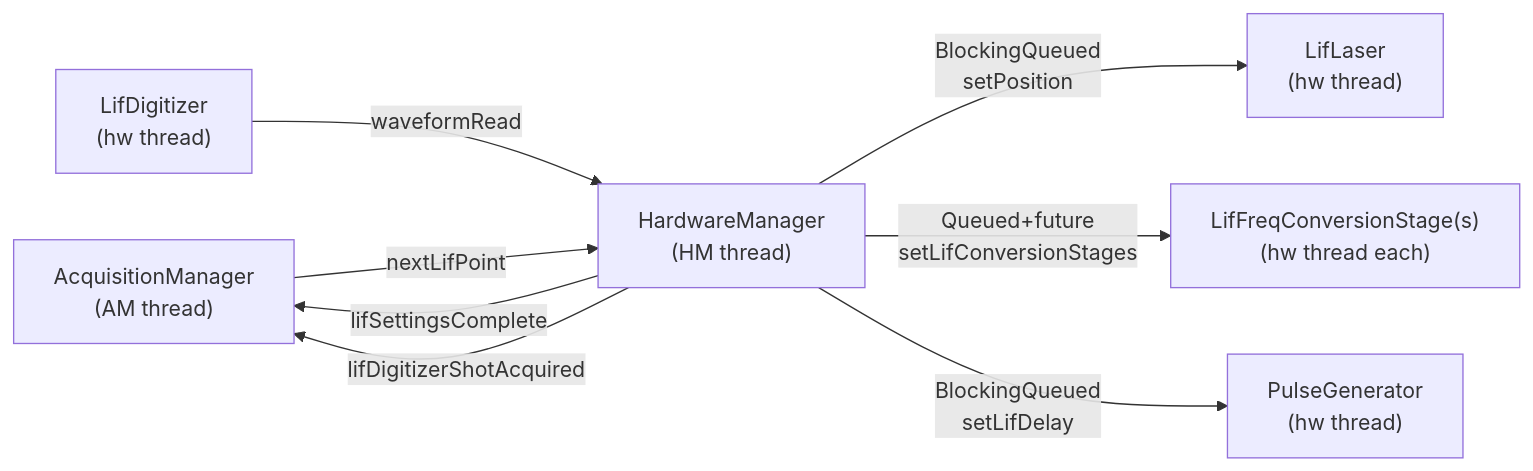
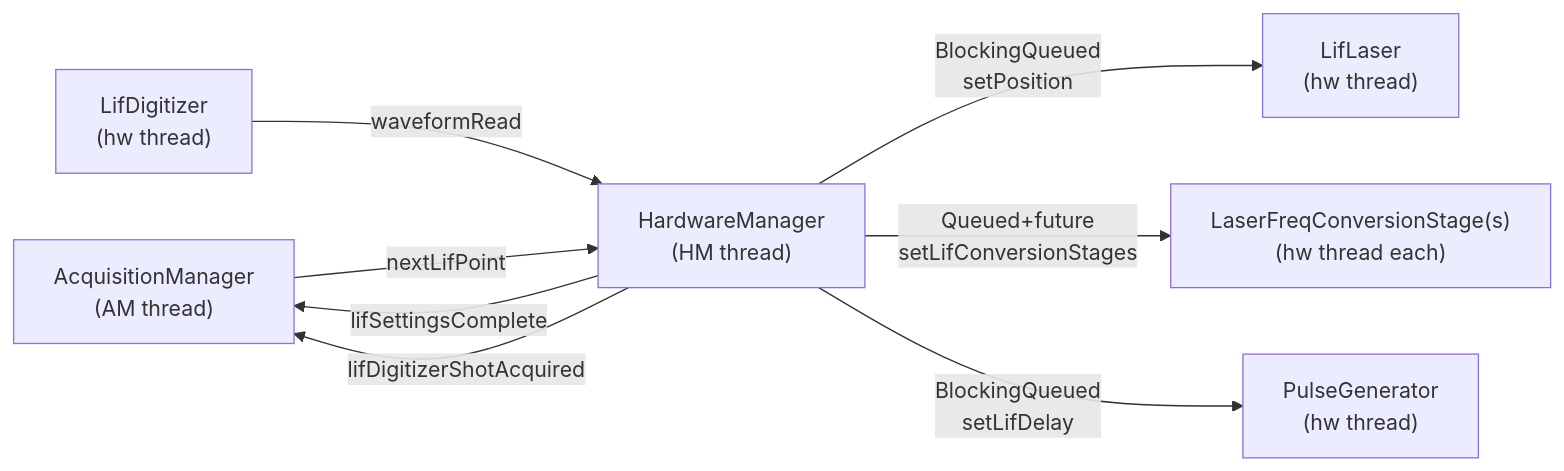
The diagram in doc/source/developer_guide/lif_acquisition.rst (kncrabtree/blackchirp), drawn with Mermaid before and after one commit. The commit also changed other lines of this file and 13 other files, not shown here.

First line of the commit message:
Document the laser frequency-conversion stage rename and its Python driver

```diff
--- a/doc/source/developer_guide/lif_acquisition.rst
+++ b/doc/source/developer_guide/lif_acquisition.rst
@@ -466,16 +466,16 @@
 .. mermaid::
 
    flowchart LR
        AM["AcquisitionManager<br/>(AM thread)"]
        HM["HardwareManager<br/>(HM thread)"]
        LL["LifLaser<br/>(hw thread)"]
-       CS["LifFreqConversionStage(s)<br/>(hw thread each)"]
+       CS["LaserFreqConversionStage(s)<br/>(hw thread each)"]
        PG["PulseGenerator<br/>(hw thread)"]
        LS["LifDigitizer<br/>(hw thread)"]
        AM -- "nextLifPoint" --> HM
        HM -- "BlockingQueued<br/>setPosition" --> LL
        HM -- "Queued+future<br/>setLifConversionStages" --> CS
        HM -- "BlockingQueued<br/>setLifDelay" --> PG
        HM -- "lifSettingsComplete" --> AM
        LS -- "waveformRead" --> HM
        HM -- "lifDigitizerShotAcquired" --> AM
```
